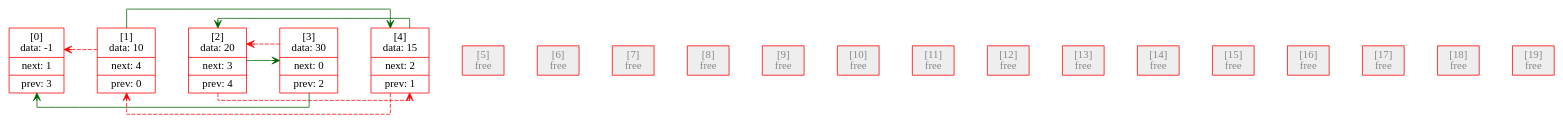
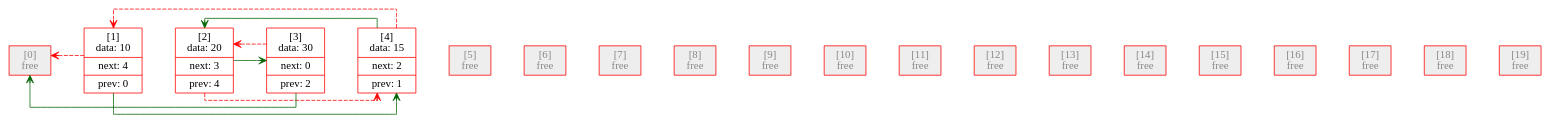
Before and after one commit to ansonchol/LIST_GRAPHVIZ: the diagram in graph.dot, drawn with Graphviz. The commit also changed 6 other files, not shown here.

```diff
--- a/graph.dot
+++ b/graph.dot
@@ -1,55 +1,55 @@
 digraph {
    rankdir = LR;
    splines = ortho;
    nodesep = 0.400000;
    ranksep = 0.600000;
    node [color="red", fontsize=14, shape=record];
    edge [color="darkgreen", arrowhead="vee", arrowsize = 1.0];
-   element0 [label="[0]\ndata: -1 | next: 1 | prev: 3"];
+   element0 [label="[0]\nfree", style=filled, fillcolor="#eeeeee", fontcolor="#888888"];
    element1 [label="[1]\ndata: 10 | next: 4 | prev: 0"];
    element2 [label="[2]\ndata: 20 | next: 3 | prev: 4"];
    element3 [label="[3]\ndata: 30 | next: 0 | prev: 2"];
    element4 [label="[4]\ndata: 15 | next: 2 | prev: 1"];
    element5 [label="[5]\nfree", style=filled, fillcolor="#eeeeee", fontcolor="#888888"];
    element6 [label="[6]\nfree", style=filled, fillcolor="#eeeeee", fontcolor="#888888"];
    element7 [label="[7]\nfree", style=filled, fillcolor="#eeeeee", fontcolor="#888888"];
    element8 [label="[8]\nfree", style=filled, fillcolor="#eeeeee", fontcolor="#888888"];
    element9 [label="[9]\nfree", style=filled, fillcolor="#eeeeee", fontcolor="#888888"];
    element10 [label="[10]\nfree", style=filled, fillcolor="#eeeeee", fontcolor="#888888"];
    element11 [label="[11]\nfree", style=filled, fillcolor="#eeeeee", fontcolor="#888888"];
    element12 [label="[12]\nfree", style=filled, fillcolor="#eeeeee", fontcolor="#888888"];
    element13 [label="[13]\nfree", style=filled, fillcolor="#eeeeee", fontcolor="#888888"];
    element14 [label="[14]\nfree", style=filled, fillcolor="#eeeeee", fontcolor="#888888"];
    element15 [label="[15]\nfree", style=filled, fillcolor="#eeeeee", fontcolor="#888888"];
    element16 [label="[16]\nfree", style=filled, fillcolor="#eeeeee", fontcolor="#888888"];
    element17 [label="[17]\nfree", style=filled, fillcolor="#eeeeee", fontcolor="#888888"];
    element18 [label="[18]\nfree", style=filled, fillcolor="#eeeeee", fontcolor="#888888"];
    element19 [label="[19]\nfree", style=filled, fillcolor="#eeeeee", fontcolor="#888888"];
    element0 -> element1 [style=invis];
    element1 -> element2 [style=invis];
    element2 -> element3 [style=invis];
    element3 -> element4 [style=invis];
    element4 -> element5 [style=invis];
    element5 -> element6 [style=invis];
    element6 -> element7 [style=invis];
    element7 -> element8 [style=invis];
    element8 -> element9 [style=invis];
    element9 -> element10 [style=invis];
    element10 -> element11 [style=invis];
    element11 -> element12 [style=invis];
    element12 -> element13 [style=invis];
    element13 -> element14 [style=invis];
    element14 -> element15 [style=invis];
    element15 -> element16 [style=invis];
    element16 -> element17 [style=invis];
    element17 -> element18 [style=invis];
    element18 -> element19 [style=invis];
    element1 -> element4 [color="darkgreen", constraint=false];
    element1 -> element0 [color="red", style=dashed, constraint=false, dir=forward];
    element2 -> element3 [color="darkgreen", constraint=false];
    element2 -> element4 [color="red", style=dashed, constraint=false, dir=forward];
    element3 -> element0 [color="darkgreen", constraint=false];
    element3 -> element2 [color="red", style=dashed, constraint=false, dir=forward];
    element4 -> element2 [color="darkgreen", constraint=false];
    element4 -> element1 [color="red", style=dashed, constraint=false, dir=forward];
 }
```
